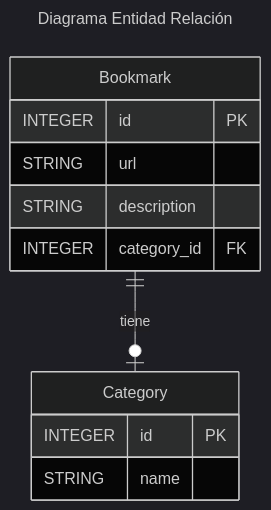
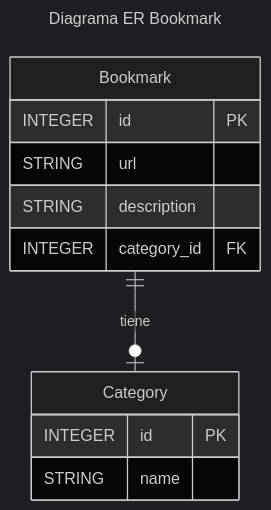
One commit to EniDev911/portfolio_crispy changed the diagram in _posts/lenguajes-de-programacion/python/5-proyectos/2023-12-01-crud-con-sqlite.md. Above: the diagram before and after it, drawn with Mermaid (dark theme). The commit also changed other lines of this file and 1 other file, not shown here.

````diff
--- a/_posts/lenguajes-de-programacion/python/5-proyectos/2023-12-01-crud-con-sqlite.md
+++ b/_posts/lenguajes-de-programacion/python/5-proyectos/2023-12-01-crud-con-sqlite.md
@@ -14,18 +14,18 @@
 ```mermaid
 ---
-title: "Diagrama Entidad Relación"
+title: "Diagrama ER Bookmark"
 ---
 erDiagram
     Category {
         INTEGER id PK
         STRING name
     }
     Bookmark {
         INTEGER id PK
         STRING url
         STRING description
         INTEGER category_id FK
     }
 
     Bookmark ||--o| Category : "tiene"
 ```
````
